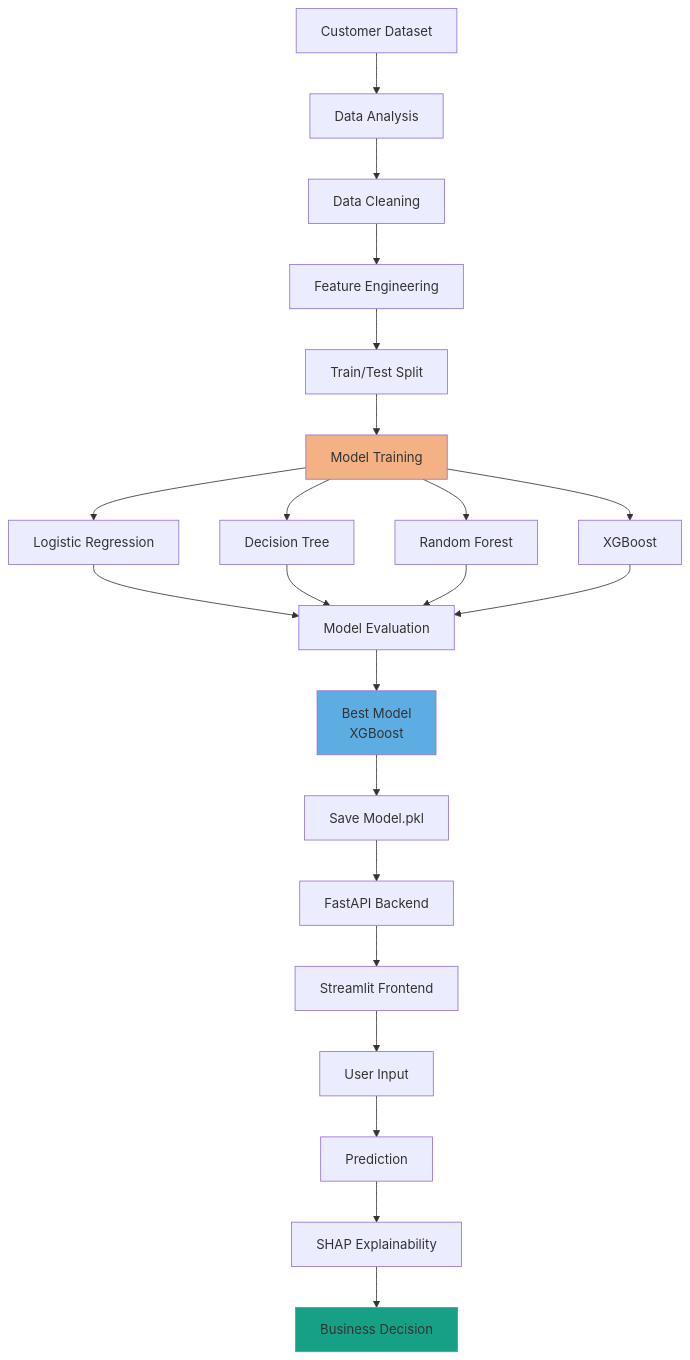
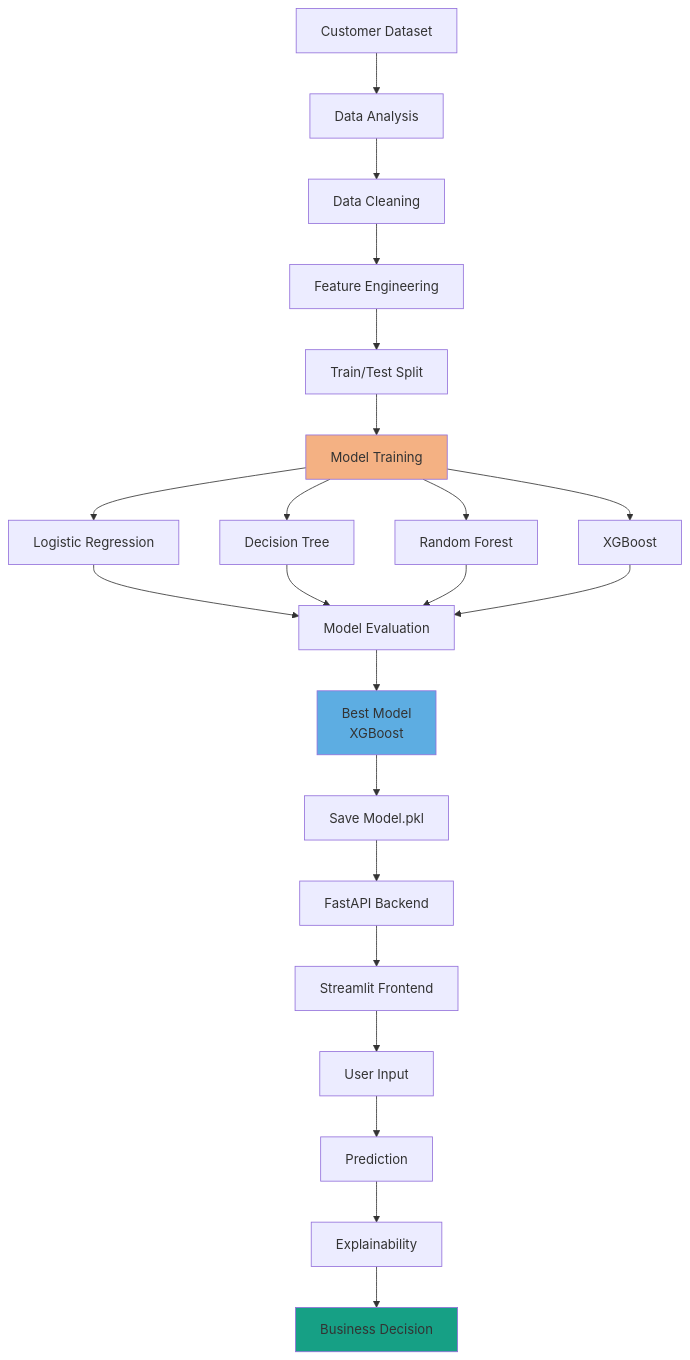
One commit to BatthulaVinay/End-to-End-Machine-Learning-Churn-Prediction changed the diagram in README.md. Above: the diagram before and after it, drawn with Mermaid.

````diff
--- a/README.md
+++ b/README.md
@@ -213,42 +213,42 @@
 ```mermaid
 graph TD
 
     A[Customer Dataset]
 
     A --> B[Data Analysis]
     B --> C[Data Cleaning]
     C --> D[Feature Engineering]
     D --> E[Train/Test Split]
 
     E --> F[Model Training]
 
     F --> G[Logistic Regression]
     F --> H[Decision Tree]
     F --> I[Random Forest]
     F --> J[XGBoost]
 
     G --> K[Model Evaluation]
     H --> K
     I --> K
     J --> K
 
     K --> L[Best Model<br/>XGBoost]
 
     L --> M[Save Model.pkl]
 
     M --> N[FastAPI Backend]
 
     N --> O[Streamlit Frontend]
 
     O --> P[User Input]
 
     P --> Q[Prediction]
 
-    Q --> R[SHAP Explainability]
+    Q --> R[Explainability]
 
     R --> S[Business Decision]
 
     style F fill:#F4B183
     style L fill:#5DADE2
     style S fill:#16A085
 ```
````
